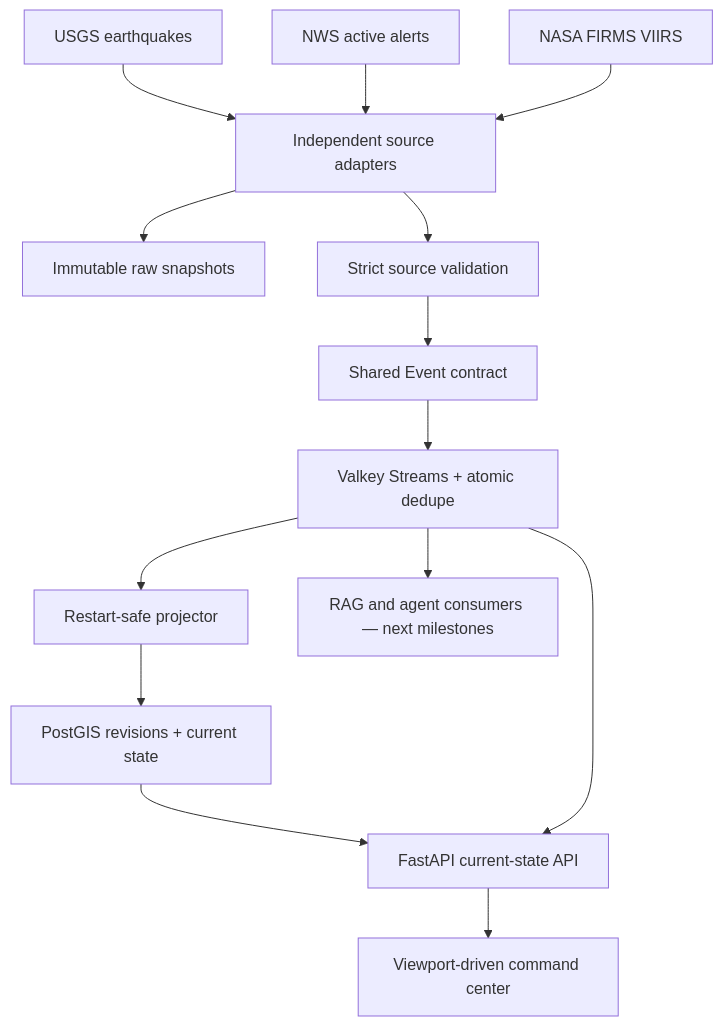
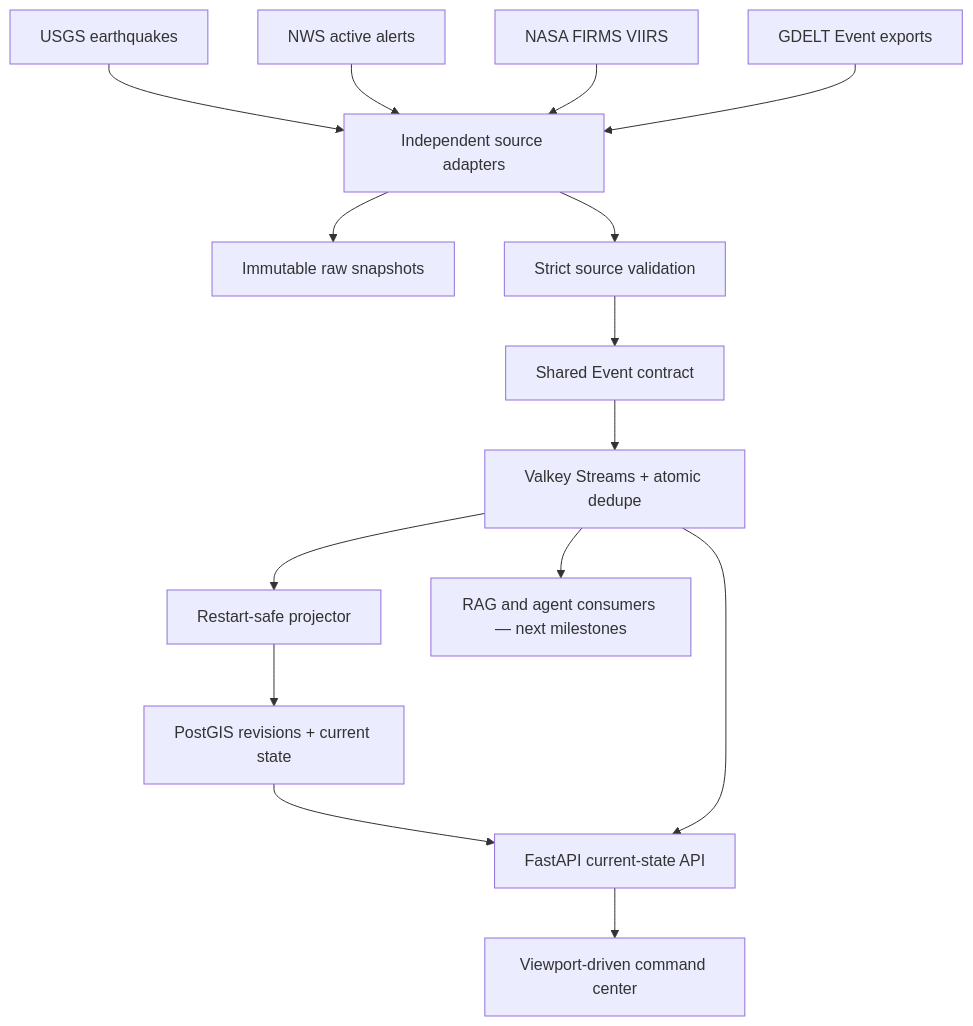
One commit to Thivas12/atlas-pulse changed the diagram in README.md. Above: the diagram before and after it, drawn with Mermaid. The commit also changed other lines of this file and 34 other files, not shown here.

````diff
--- a/README.md
+++ b/README.md
@@ -37,16 +38,17 @@
 ```mermaid
 flowchart TD
     USGS["USGS earthquakes"] --> Adapters["Independent source adapters"]
     NWS["NWS active alerts"] --> Adapters
     FIRMS["NASA FIRMS VIIRS"] --> Adapters
+    GDELT["GDELT Event exports"] --> Adapters
     Adapters --> Raw["Immutable raw snapshots"]
     Adapters --> Validate["Strict source validation"]
     Validate --> Contract["Shared Event contract"]
     Contract --> Stream["Valkey Streams + atomic dedupe"]
     Stream --> Projector["Restart-safe projector"]
     Projector --> PostGIS["PostGIS revisions + current state"]
     PostGIS --> API["FastAPI current-state API"]
     Stream --> API
     API --> Web["Viewport-driven command center"]
     Stream --> Agents["RAG and agent consumers — next milestones"]
 ```
````
